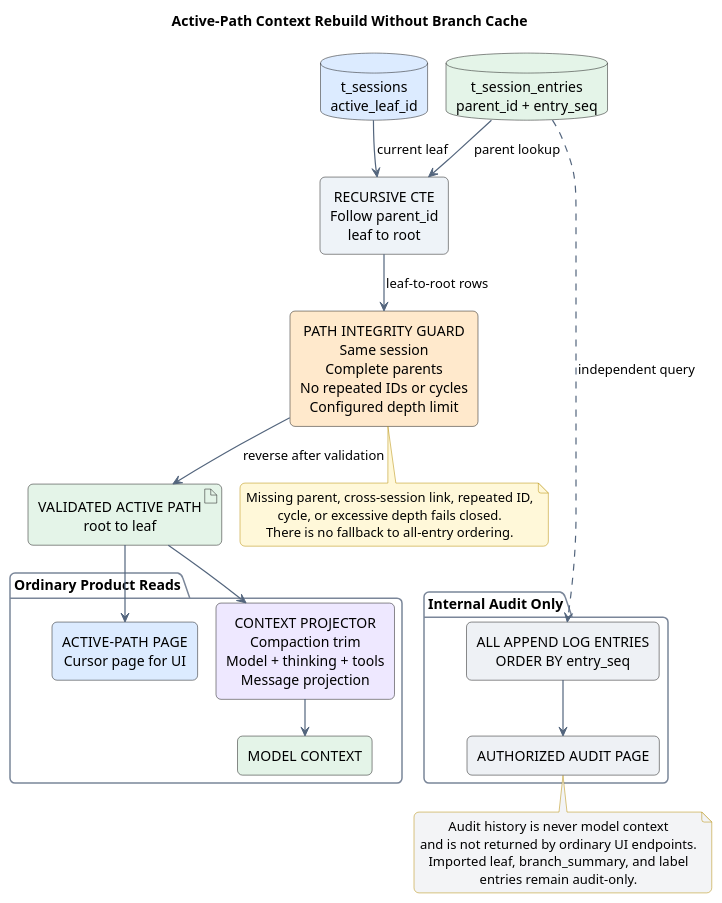
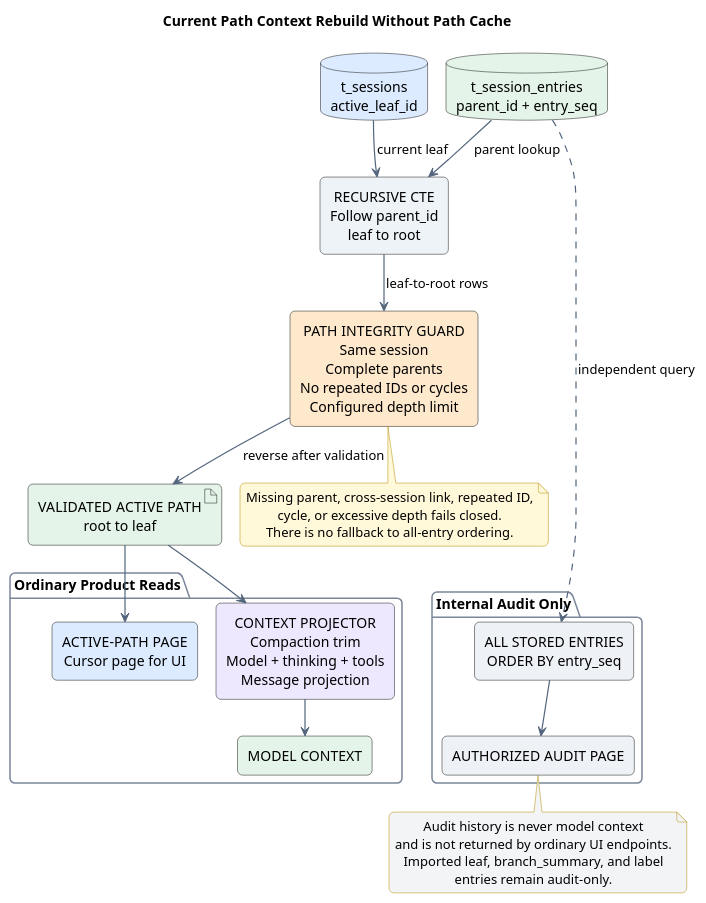
Before and after one commit to ssm0808/pi-mono-java-design: the fourth of 4 diagrams in diagrams/memory/diagram.puml, drawn with PlantUML. The commit also changed other lines of this file and 8 other files, not shown here.

```diff
--- a/diagrams/memory/diagram.puml
+++ b/diagrams/memory/diagram.puml
@@ -258,78 +258,78 @@
 @startuml memory-context-rebuild
 !pragma layout smetana
-title Active-Path Context Rebuild Without Branch Cache
+title Current Path Context Rebuild Without Path Cache
 top to bottom direction
 
 skinparam backgroundColor #FFFFFF
 skinparam shadowing false
 skinparam roundcorner 10
 skinparam defaultTextAlignment center
 skinparam ArrowColor #53657D
 skinparam ArrowThickness 1.2
 skinparam PackageBorderColor #7A8699
 skinparam NoteBorderColor #B58B00
 skinparam NoteBackgroundColor #FFF8D9
 
 ' Source evidence:
 ' - badlogic/pi-mono@f0deb8dd8e9611e89b5bc4145ca92c03ae6ed4ee
 ' - packages/storage/sqlite-node/src/sqlite/storage/index.ts:
 '   readPathToRootOrCompaction
 ' - packages/storage/sqlite-node/src/sqlite/storage/branch-cache.ts:
 '   rebuildCachedBranch
 ' - packages/agent/src/harness/session/session.ts: buildSessionContext
 ' Observed behavior: pi prefers validated branch cache rows and repairs them
 ' from session_entries.parent_id when missing or invalid.
-' Architecture change: CampusClaw always reads the authoritative parent chain
+' Architecture change: CampusClaw always follows parent_id from active_leaf_id
 ' and never stores or repairs a branch cache.
 ' Product constraint: ordinary paging and Context use only the active path;
 ' all-entry paging is an authorized internal audit operation.
 ' Design reason: separate active-path reconstruction from its three consumers.
 
 database "t_sessions\nactive_leaf_id" as sessions #DCEBFF
 database "t_session_entries\nparent_id + entry_seq" as entries #E4F4E8
 
 sessions -[hidden]right- entries
 
 rectangle "RECURSIVE CTE\nFollow parent_id\nleaf to root" as recursive #EEF3F8
 rectangle "PATH INTEGRITY GUARD\nSame session\nComplete parents\nNo repeated IDs or cycles\nConfigured depth limit" as guard #FFE9CC
 artifact "VALIDATED ACTIVE PATH\nroot to leaf" as path #E4F4E8
 
 package "Ordinary Product Reads" as ordinary {
   rectangle "ACTIVE-PATH PAGE\nCursor page for UI" as page #DCEBFF
   rectangle "CONTEXT PROJECTOR\nCompaction trim\nModel + thinking + tools\nMessage projection" as projector #EEE8FF
   rectangle "MODEL CONTEXT" as context #E4F4E8
 
   projector --> context
   page -[hidden]right- projector
 }
 
 package "Internal Audit Only" as internal {
-  rectangle "ALL APPEND LOG ENTRIES\nORDER BY entry_seq" as allEntries #EEF1F5
+  rectangle "ALL STORED ENTRIES\nORDER BY entry_seq" as allEntries #EEF1F5
   rectangle "AUTHORIZED AUDIT PAGE" as audit #EEF1F5
   allEntries --> audit
 }
 
 ordinary -[hidden]right- internal
 
 sessions --> recursive : current leaf
 entries --> recursive : parent lookup
 recursive --> guard : leaf-to-root rows
 guard --> path : reverse after validation
 path --> page
 path --> projector
 entries ..> allEntries : independent query
 
 note bottom of guard
 Missing parent, cross-session link, repeated ID,
 cycle, or excessive depth fails closed.
 There is no fallback to all-entry ordering.
 end note
 
 note bottom of audit #F3F4F6
 Audit history is never model context
 and is not returned by ordinary UI endpoints.
 Imported leaf, branch_summary, and label
 entries remain audit-only.
 end note
 
 @enduml
```
